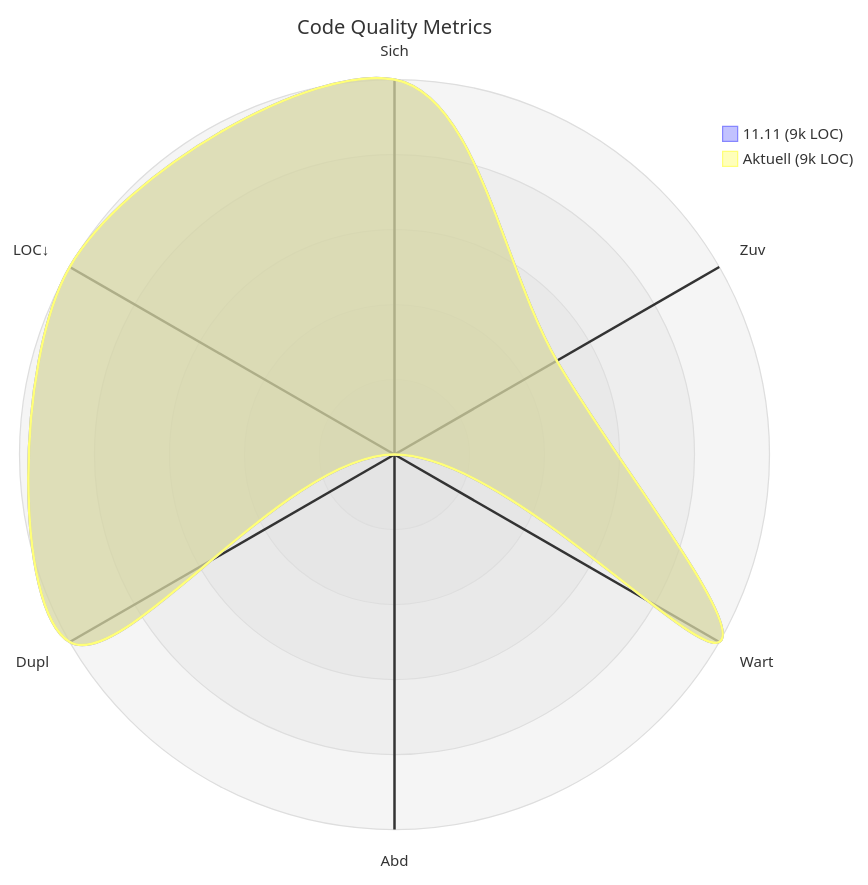
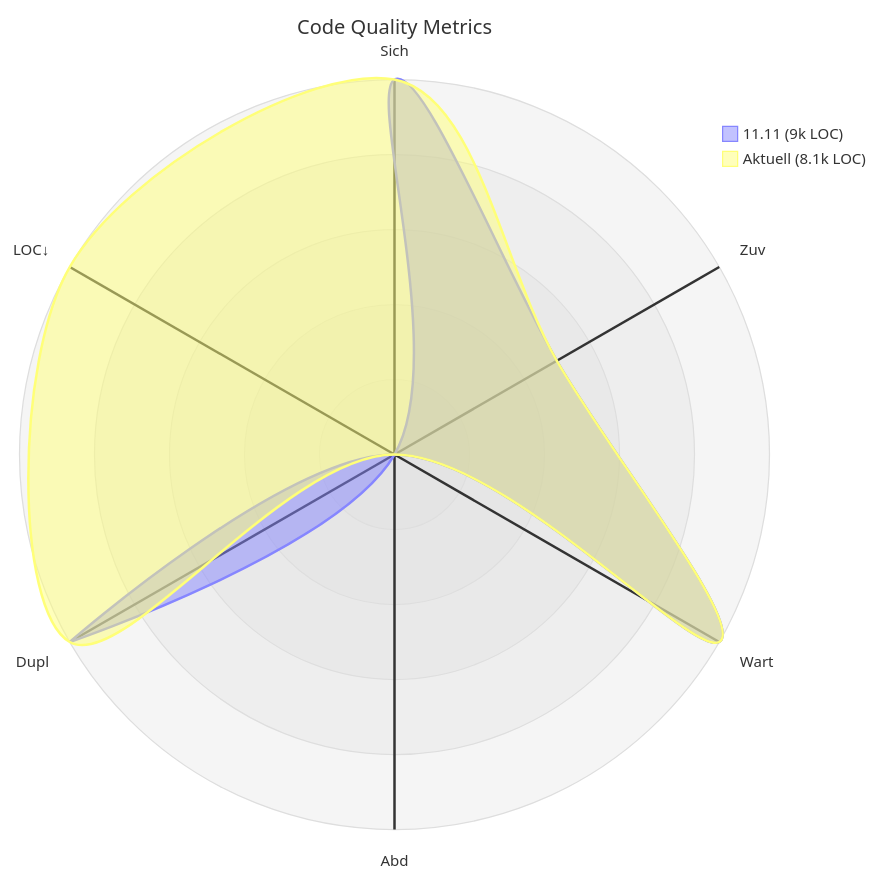
One commit to merlinbecker/rabbitMistralScribe changed the diagram in codequality/report.md. Above: the diagram before and after it, drawn with Mermaid. The commit also changed other lines of this file, not shown here.

````diff
--- a/codequality/report.md
+++ b/codequality/report.md
@@ -5,11 +5,11 @@
 ```mermaid
 ---
 title: "Code Quality Metrics"
 ---
 radar-beta
   axis s["Sich"], r["Zuv"], m["Wart"], c["Abd"], d["Dupl"], l["LOC↓"]
-  curve p_11_11_9k_LOC_["11.11 (9k LOC)"]{5, 3, 5, 0, 5, 5}
-  curve p_Aktuell_9k_LOC_["Aktuell (9k LOC)"]{5, 3, 5, 0, 5, 5}
+  curve p_11_11_9k_LOC_["11.11 (9k LOC)"]{5, 3, 5, 0, 5, 1}
+  curve p_Aktuell_8_1k_LOC_["Aktuell (8.1k LOC)"]{5, 3, 5, 1, 5, 5}
   max 5
   min 1
 ```
````
